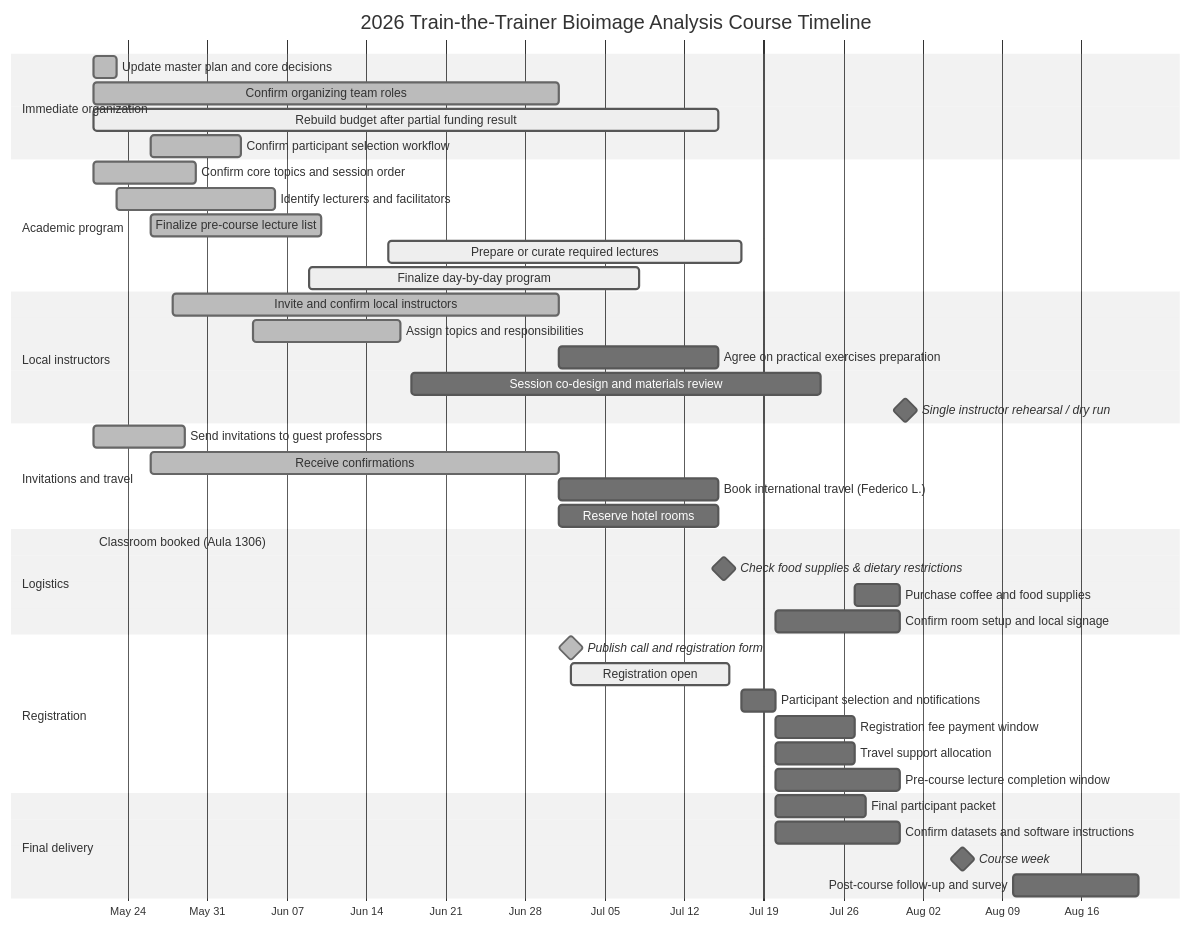
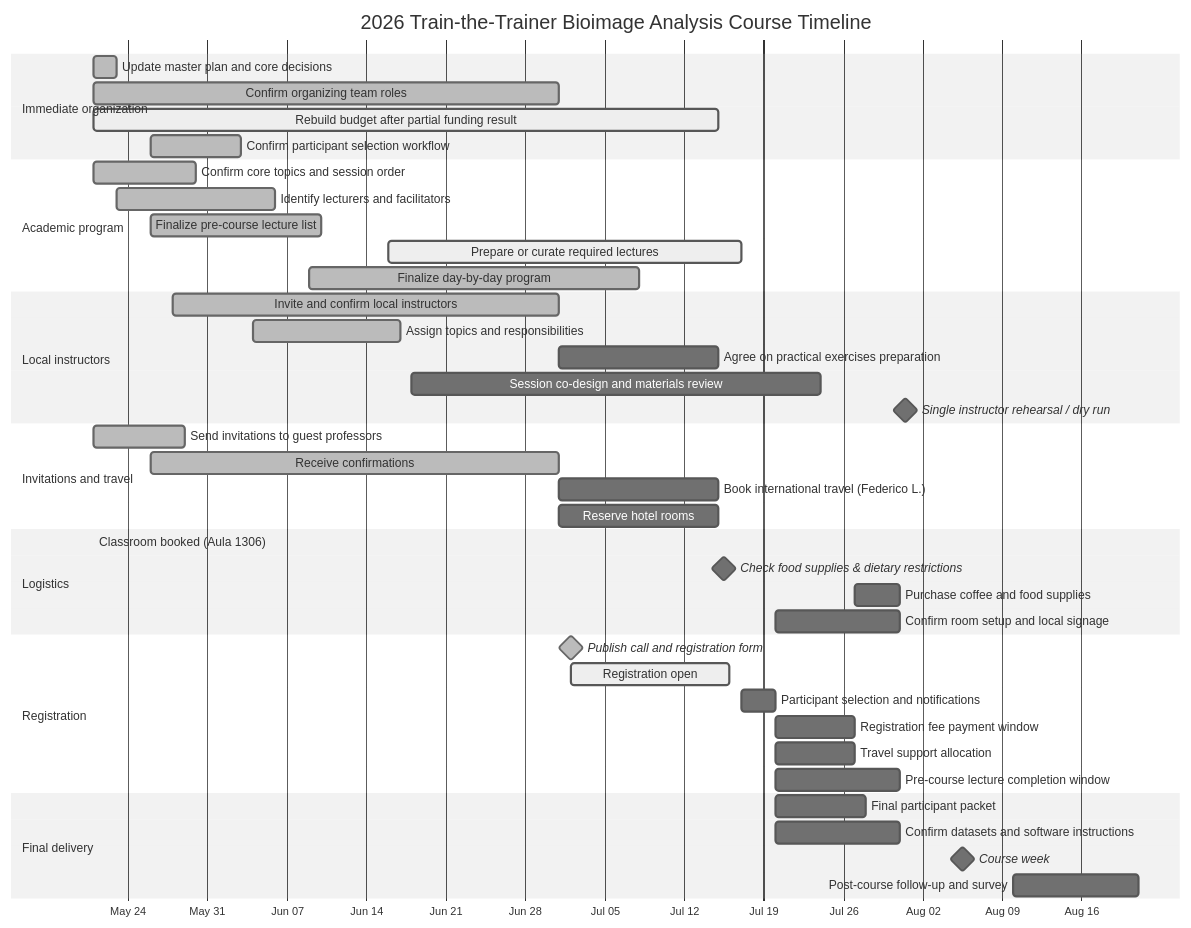
One commit to acorbat/2026_TtT_Course changed the diagram in COURSE_MASTER_PLAN.md. Above: the diagram before and after it, drawn with Mermaid (neutral theme). The commit also changed other lines of this file, not shown here.

````diff
--- a/COURSE_MASTER_PLAN.md
+++ b/COURSE_MASTER_PLAN.md
@@ -41,52 +43,52 @@
 ```mermaid
 gantt
     title 2026 Train-the-Trainer Bioimage Analysis Course Timeline
     dateFormat  YYYY-MM-DD
     axisFormat  %b %d
 
     section Immediate organization
     Update master plan and core decisions         :done, plan, 2026-05-21, 2026-05-23
     Confirm organizing team roles                 :done, roles, 2026-05-21, 2026-07-01
     Rebuild budget after partial funding result   :active, budget, 2026-05-21, 2026-07-15
     Confirm participant selection workflow        :done, selectionflow, 2026-05-26, 2026-06-03
 
     section Academic program
     Confirm core topics and session order         :done, topics, 2026-05-21, 2026-05-30
     Identify lecturers and facilitators           :done, lecturers, 2026-05-23, 2026-06-06
     Finalize pre-course lecture list              :done, prelist, 2026-05-26, 2026-06-10
     Prepare or curate required lectures           :active, prework, 2026-06-16, 2026-07-17
-    Finalize day-by-day program                   :active, program, 2026-06-09, 2026-07-08
+    Finalize day-by-day program                   :done, program, 2026-06-09, 2026-07-08
 
     section Local instructors
     Invite and confirm local instructors          :done, localinvite, 2026-05-28, 2026-07-01
     Assign topics and responsibilities            :done, localroles, 2026-06-04, 2026-06-17
     Agree on practical exercises preparation      :localexercises, 2026-07-01, 2026-07-15
     Session co-design and materials review        :localcodesign, 2026-06-18, 2026-07-24
     Single instructor rehearsal / dry run         :milestone, localrehearsal, 2026-07-31, 1d
 
     section Invitations and travel
     Send invitations to guest professors          :done, invite, 2026-05-21, 2026-05-29
     Receive confirmations                         :done, confirm, 2026-05-26, 2026-07-01
     Book international travel (Federico L.)       :travel, 2026-07-01, 2026-07-15
     Reserve hotel rooms                           :hotel, 2026-07-01, 2026-07-15
 
     section Logistics
     Classroom booked (Aula 1306)                  :done, classroom, 2026-05-21, 2026-05-21
     Check food supplies & dietary restrictions    :milestone, cateringcheck, 2026-07-15, 1d
     Purchase coffee and food supplies             :cateringpurchase, 2026-07-27, 2026-07-31
     Confirm room setup and local signage          :roomfinal, 2026-07-20, 2026-07-31
 
     section Registration
     Publish call and registration form            :done, milestone, call, 2026-07-02, 0d
     Registration open                             :active, regopen, 2026-07-02, 2026-07-16
     Participant selection and notifications       :selection, 2026-07-17, 2026-07-20
     Registration fee payment window               :payment, 2026-07-20, 2026-07-27
     Travel support allocation                     :support, 2026-07-20, 2026-07-27
     Pre-course lecture completion window          :lecturewindow, 2026-07-20, 2026-07-31
 
     section Final delivery
     Final participant packet                      :packet, 2026-07-20, 2026-07-28
     Confirm datasets and software instructions    :software, 2026-07-20, 2026-07-31
     Course week                                   :milestone, course, 2026-08-03, 5d
     Post-course follow-up and survey              :followup, 2026-08-10, 2026-08-21
 ```
````
